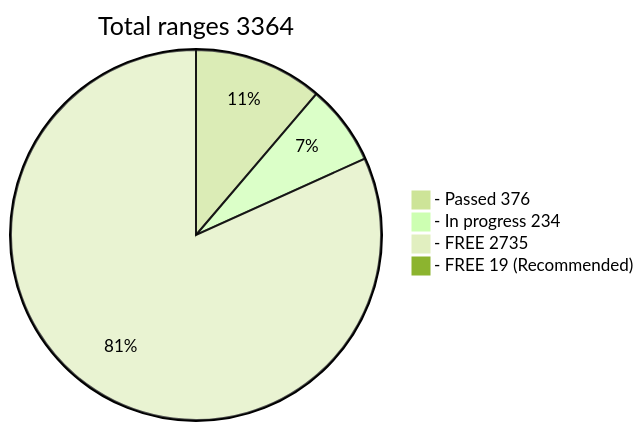
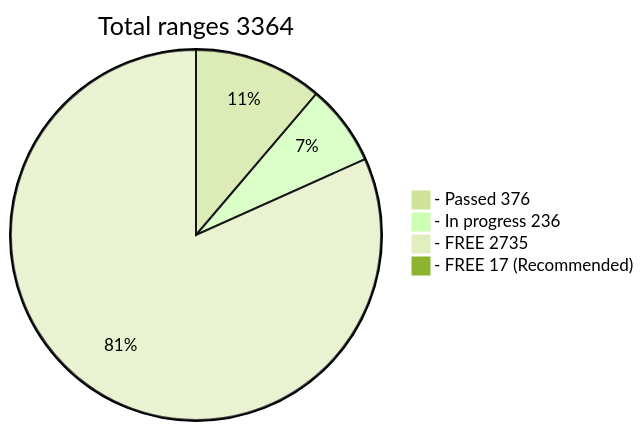
Before and after one commit to phrutis/wif500: the diagram in README.md, drawn with Mermaid (forest theme).

````diff
--- a/README.md
+++ b/README.md
@@ -16,7 +16,7 @@
 ```mermaid
 pie title Total ranges 3364
   "- Passed 376" : 376
-  "- In progress 234" : 234
+  "- In progress 236" : 236
   "- FREE 2735" : 2735
-  "- FREE 19 (Recommended)" : 19
+  "- FREE 17 (Recommended)" : 17
 ```
````
